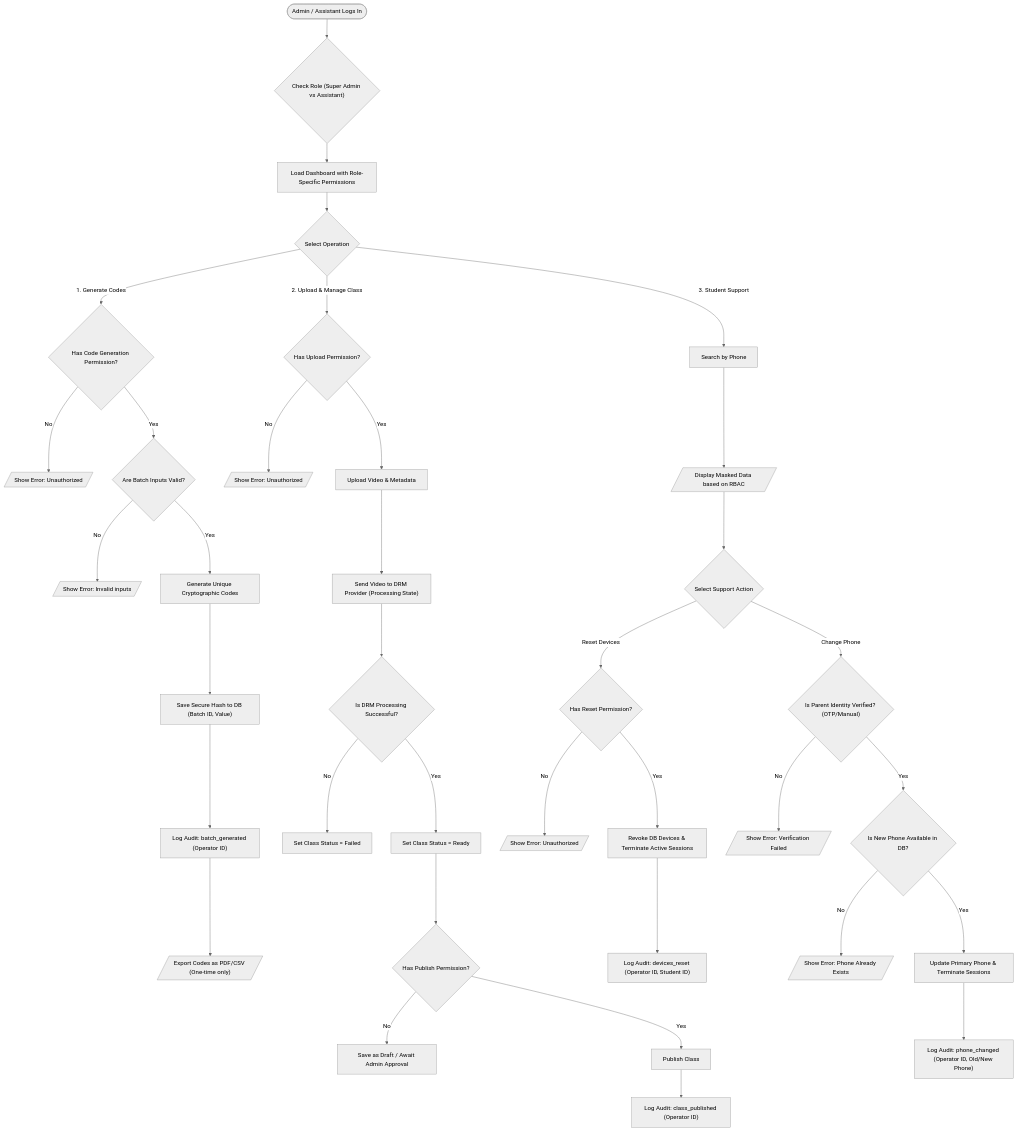
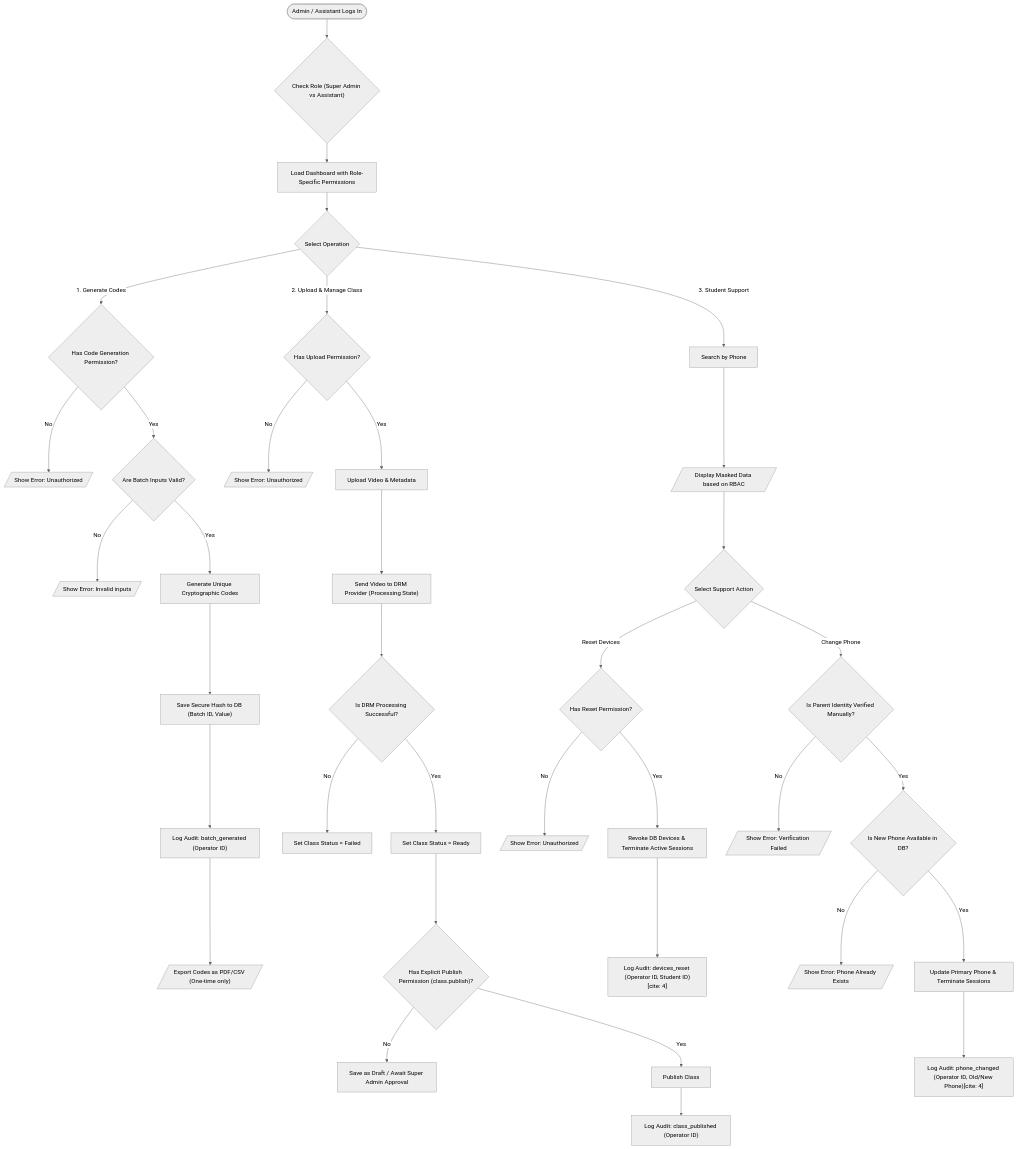
One commit to salahudin09/Online-Class-Platform changed the sixth of 6 diagrams in MVP-5Weeks Sprint/Wireframes-&-Flow-Diagrams.md. Above: the diagram before and after it, drawn with Mermaid (neutral theme).

````diff
--- a/MVP-5Weeks Sprint/Wireframes-&-Flow-Diagrams.md
+++ b/MVP-5Weeks Sprint/Wireframes-&-Flow-Diagrams.md
@@ -211,48 +211,48 @@
 ```mermaid
 flowchart TD
     Start(["Admin / Assistant Logs In"]) --> RBAC{"Check Role (Super Admin vs Assistant)"}
     RBAC --> Dashboard["Load Dashboard with Role-Specific Permissions"]
     Dashboard --> SelectOp{"Select Operation"}
 
     %% 1. Generate Codes
     SelectOp -- "1. Generate Codes" --> CheckPerm1{"Has Code Generation Permission?"}
     CheckPerm1 -- No --> Deny1[/"Show Error: Unauthorized"/]
     CheckPerm1 -- Yes --> ValidateBatch{"Are Batch Inputs Valid?"}
     ValidateBatch -- No --> ErrBatch[/"Show Error: Invalid inputs"/]
     ValidateBatch -- Yes --> GenCodes["Generate Unique Cryptographic Codes"]
     GenCodes --> SaveCodes["Save Secure Hash to DB (Batch ID, Value)"]
     SaveCodes --> Audit1["Log Audit: batch_generated (Operator ID)"]
     Audit1 --> Export[/"Export Codes as PDF/CSV (One-time only)"/]
 
     %% 2. Upload Class
     SelectOp -- "2. Upload & Manage Class" --> CheckPerm2{"Has Upload Permission?"}
     CheckPerm2 -- No --> Deny2[/"Show Error: Unauthorized"/]
     CheckPerm2 -- Yes --> UploadAssets["Upload Video & Metadata"]
     UploadAssets --> DRMProcess["Send Video to DRM Provider (Processing State)"]
     DRMProcess --> CheckStatus{"Is DRM Processing Successful?"}
     CheckStatus -- No --> SetFail["Set Class Status = Failed"]
     CheckStatus -- Yes --> SetReady["Set Class Status = Ready"]
-    SetReady --> CheckPub{"Has Publish Permission?"}
-    CheckPub -- No --> KeepReady["Save as Draft / Await Admin Approval"]
+    SetReady --> CheckPub{"Has Explicit Publish Permission (class.publish)?"}
+    CheckPub -- No --> KeepReady["Save as Draft / Await Super Admin Approval"]
     CheckPub -- Yes --> Publish["Publish Class"]
     Publish --> Audit2["Log Audit: class_published (Operator ID)"]
 
     %% 3. Student Support
     SelectOp -- "3. Student Support" --> Search["Search by Phone"]
     Search --> ShowProfile[/"Display Masked Data based on RBAC"/]
     ShowProfile --> SupportAction{"Select Support Action"}
 
     %% Reset Devices
     SupportAction -- "Reset Devices" --> CheckPerm3{"Has Reset Permission?"}
     CheckPerm3 -- No --> Deny3[/"Show Error: Unauthorized"/]
     CheckPerm3 -- Yes --> Revoke["Revoke DB Devices & Terminate Active Sessions"]
-    Revoke --> Audit3["Log Audit: devices_reset (Operator ID, Student ID)"]
+    Revoke --> Audit3["Log Audit: devices_reset (Operator ID, Student ID)[cite: 4]"]
 
     %% Change Phone
-    SupportAction -- "Change Phone" --> VerifyID{"Is Parent Identity Verified? (OTP/Manual)"}
+    SupportAction -- "Change Phone" --> VerifyID{"Is Parent Identity Verified Manually?"}
     VerifyID -- No --> Deny4[/"Show Error: Verification Failed"/]
     VerifyID -- Yes --> CheckNewPhone{"Is New Phone Available in DB?"}
     CheckNewPhone -- No --> ErrPhone[/"Show Error: Phone Already Exists"/]
     CheckNewPhone -- Yes --> UpdatePhone["Update Primary Phone & Terminate Sessions"]
-    UpdatePhone --> Audit4["Log Audit: phone_changed (Operator ID, Old/New Phone)"]
+    UpdatePhone --> Audit4["Log Audit: phone_changed (Operator ID, Old/New Phone)[cite: 4]"]
 ```
````
